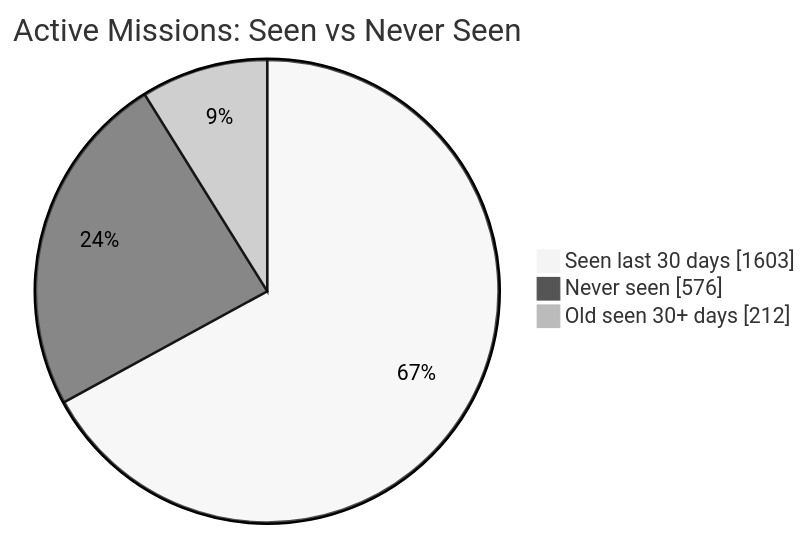
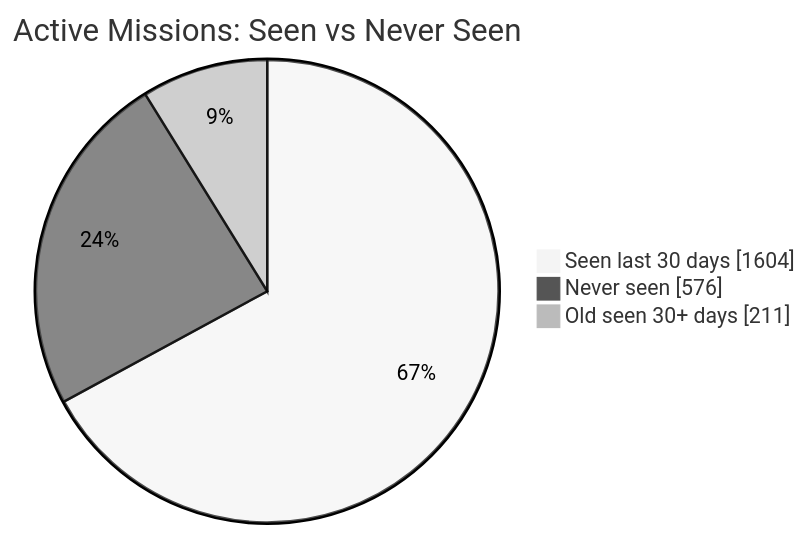
Before and after one commit to MeldkamerspelGameTeam/active-missions: the first of 2 diagrams in README.md, drawn with Mermaid (neutral theme). The commit also changed other lines of this file and 2 other files, not shown here.

````diff
--- a/README.md
+++ b/README.md
@@ -34,7 +34,7 @@
 ```mermaid
 pie showData
     title Active Missions: Seen vs Never Seen
-    "Seen last 30 days" : 1603
+    "Seen last 30 days" : 1604
     "Never seen" : 576
-    "Old seen 30+ days" : 212
+    "Old seen 30+ days" : 211
 ```
````
